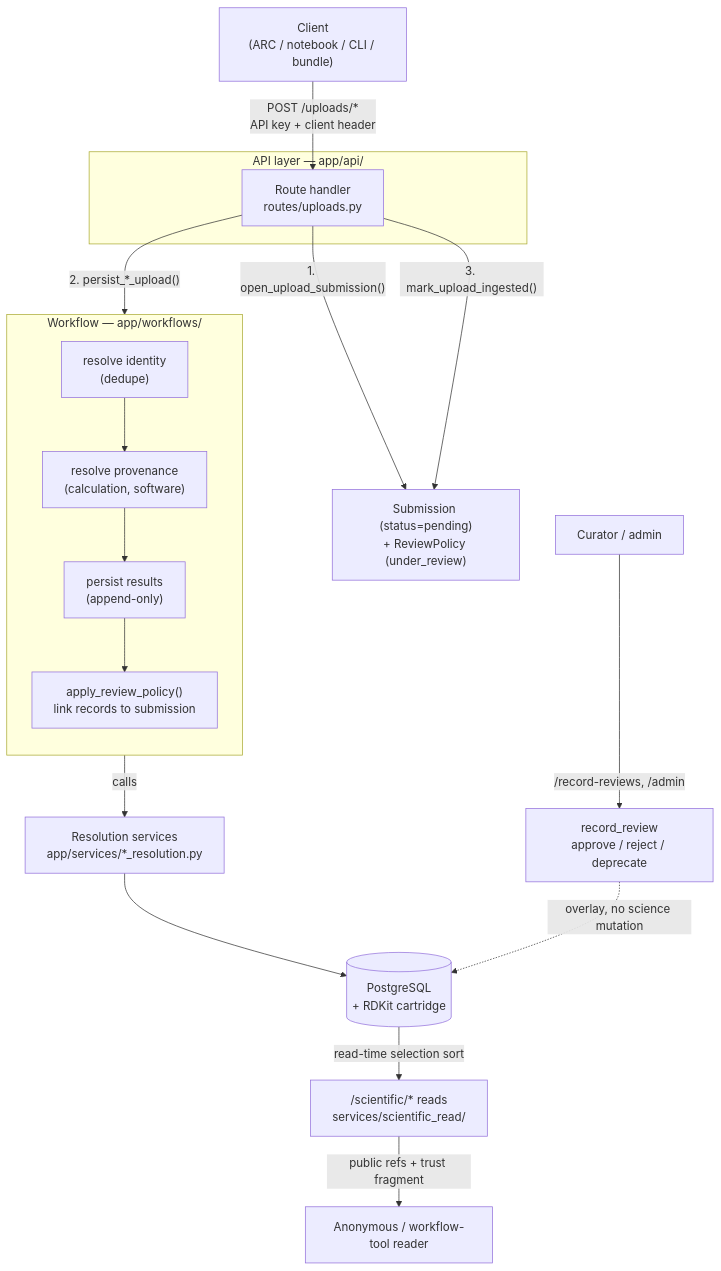
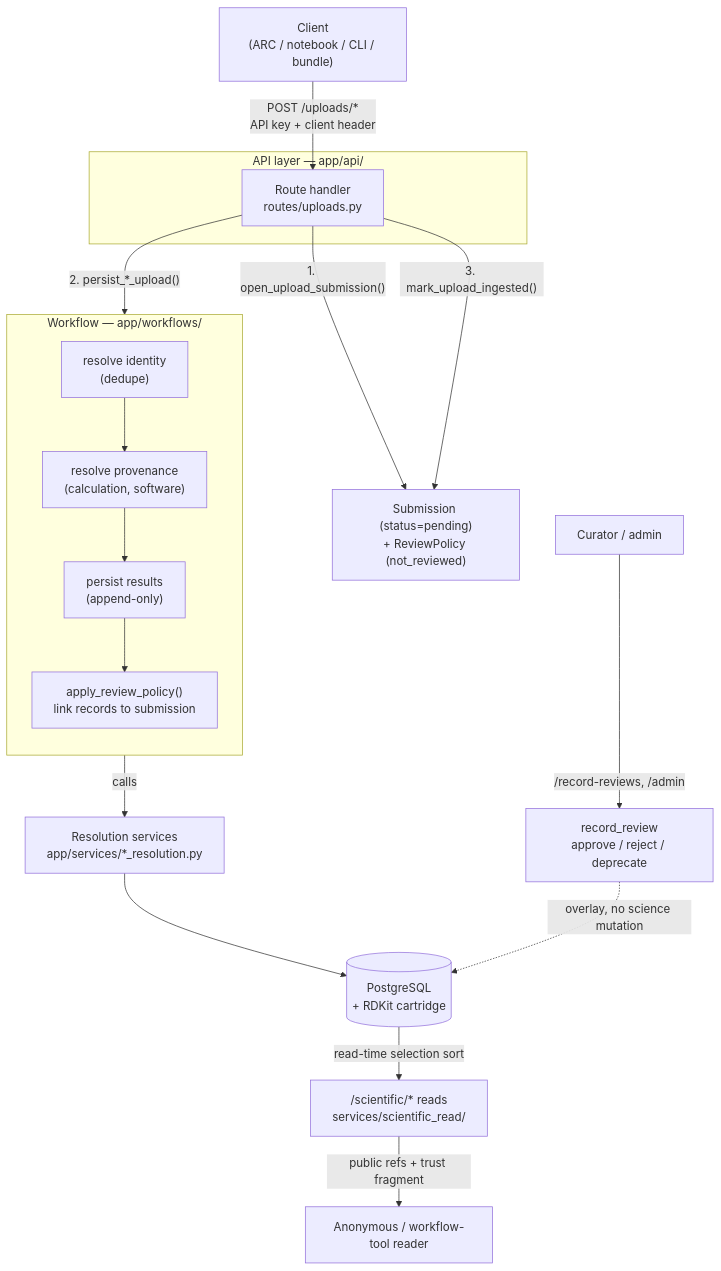
One commit to TCKDB/TCKDB changed the diagram in docs/guides/system_flow.md. Above: the diagram before and after it, drawn with Mermaid. The commit also changed other lines of this file and 19 other files, not shown here.

````diff
--- a/docs/guides/system_flow.md
+++ b/docs/guides/system_flow.md
@@ -51,26 +51,26 @@
 ```mermaid
 graph TD
     Client["Client<br/>(ARC / notebook / CLI / bundle)"] -->|"POST /uploads/*<br/>API key + client header"| Route
 
     subgraph API["API layer — app/api/"]
         Route["Route handler<br/>routes/uploads.py"]
     end
 
-    Route -->|"1. open_upload_submission()"| Sub["Submission (status=pending)<br/>+ ReviewPolicy (under_review)"]
+    Route -->|"1. open_upload_submission()"| Sub["Submission (status=pending)<br/>+ ReviewPolicy (not_reviewed)"]
     Route -->|"2. persist_*_upload()"| WF
 
     subgraph WF["Workflow — app/workflows/"]
         direction TB
         R1["resolve identity<br/>(dedupe)"] --> R2["resolve provenance<br/>(calculation, software)"] --> R3["persist results<br/>(append-only)"] --> R4["apply_review_policy()<br/>link records to submission"]
     end
 
     WF -->|"calls"| Svc["Resolution services<br/>app/services/*_resolution.py"]
     Svc --> DB[("PostgreSQL<br/>+ RDKit cartridge")]
     Route -->|"3. mark_upload_ingested()"| Sub
 
     Curator["Curator / admin"] -->|"/record-reviews, /admin"| Review["record_review<br/>approve / reject / deprecate"]
     Review -.overlay, no science mutation.-> DB
 
     DB -->|"read-time selection sort"| ReadAPI["/scientific/* reads<br/>services/scientific_read/"]
     ReadAPI -->|"public refs + trust fragment"| Reader["Anonymous / workflow-tool reader"]
 ```
````
